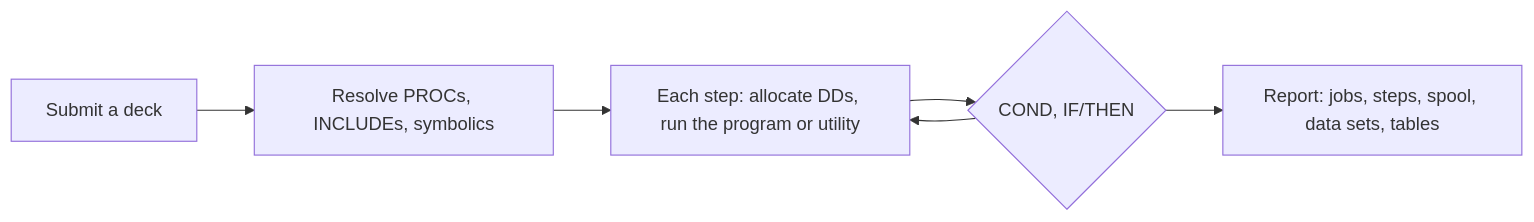
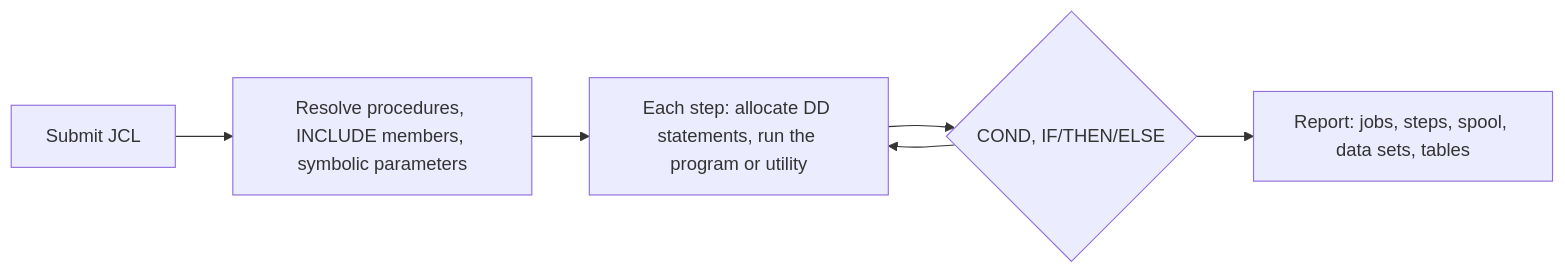
One commit to metaphi-labs/docs changed the diagram in harwell/batch-runs.mdx. Above: the diagram before and after it, drawn with Mermaid. The commit also changed other lines of this file and 10 other files, not shown here.

````diff
--- a/harwell/batch-runs.mdx
+++ b/harwell/batch-runs.mdx
@@ -33,8 +41,8 @@
 ```mermaid
 flowchart LR
-  deck[Submit a deck] --> resolve[Resolve PROCs, INCLUDEs, symbolics]
-  resolve --> step[Each step: allocate DDs, run the program or utility]
-  step --> rc{COND, IF/THEN}
+  deck[Submit JCL] --> resolve[Resolve procedures, INCLUDE members, symbolic parameters]
+  resolve --> step[Each step: allocate DD statements, run the program or utility]
+  step --> rc{COND, IF/THEN/ELSE}
   rc --> step
   rc --> report[Report: jobs, steps, spool, data sets, tables]
 ```
````
